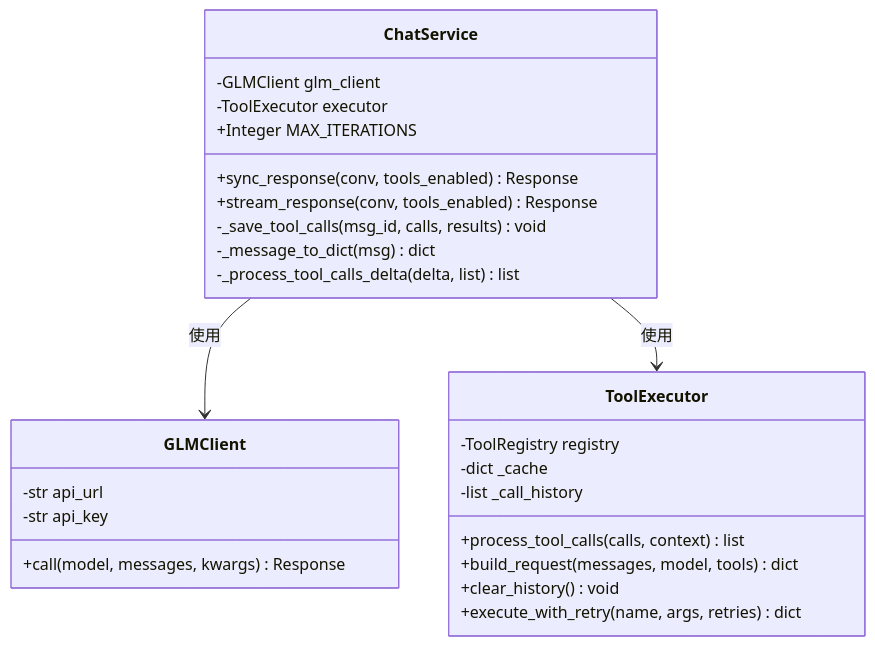
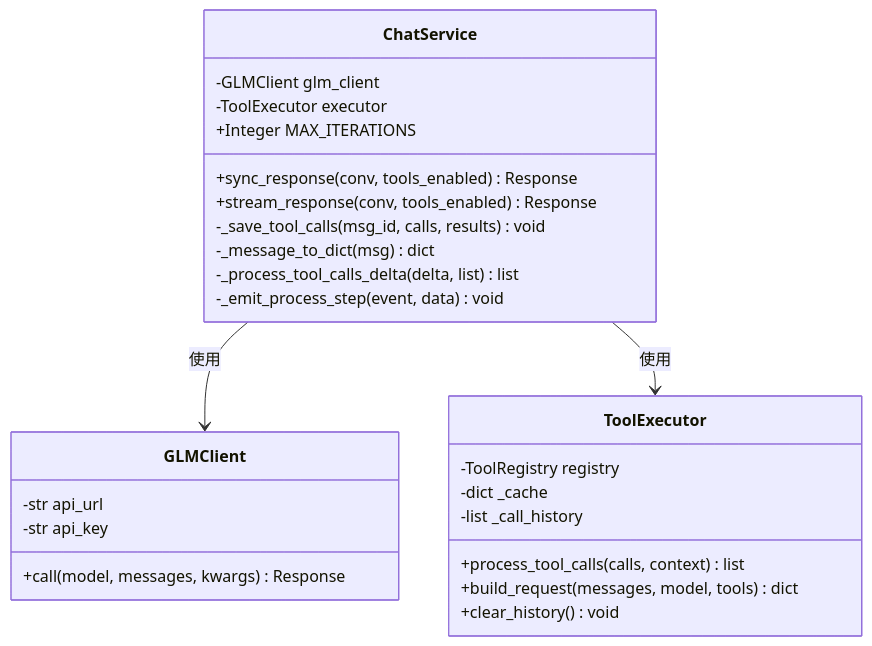
One commit to ViperEkura/nanoClaw changed the third of 4 diagrams in docs/Design.md. Above: the diagram before and after it, drawn with Mermaid. The commit also changed other lines of this file and 9 other files, not shown here.

````diff
--- a/docs/Design.md
+++ b/docs/Design.md
@@ -148,34 +148,34 @@
 ```mermaid
 classDiagram
     direction TB
 
     class ChatService {
         -GLMClient glm_client
         -ToolExecutor executor
         +Integer MAX_ITERATIONS
         +sync_response(conv, tools_enabled) Response
         +stream_response(conv, tools_enabled) Response
         -_save_tool_calls(msg_id, calls, results) void
         -_message_to_dict(msg) dict
         -_process_tool_calls_delta(delta, list) list
+        -_emit_process_step(event, data) void
     }
 
     class GLMClient {
         -str api_url
         -str api_key
         +call(model, messages, kwargs) Response
     }
 
     class ToolExecutor {
         -ToolRegistry registry
         -dict _cache
         -list _call_history
         +process_tool_calls(calls, context) list
         +build_request(messages, model, tools) dict
         +clear_history() void
-        +execute_with_retry(name, args, retries) dict
     }
 
     ChatService --> GLMClient : 使用
     ChatService --> ToolExecutor : 使用
 ```
````
